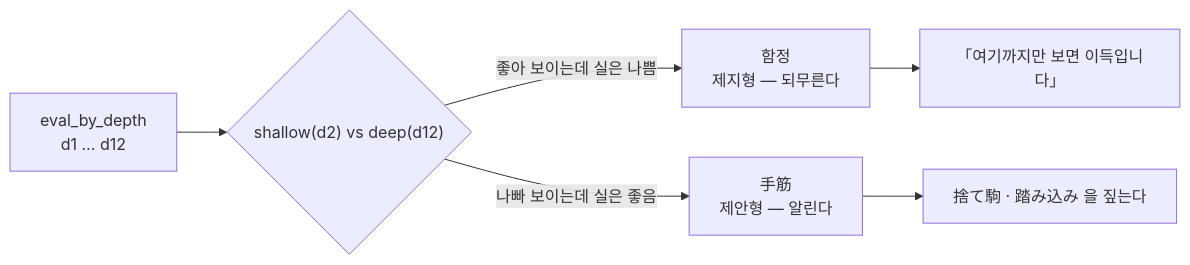
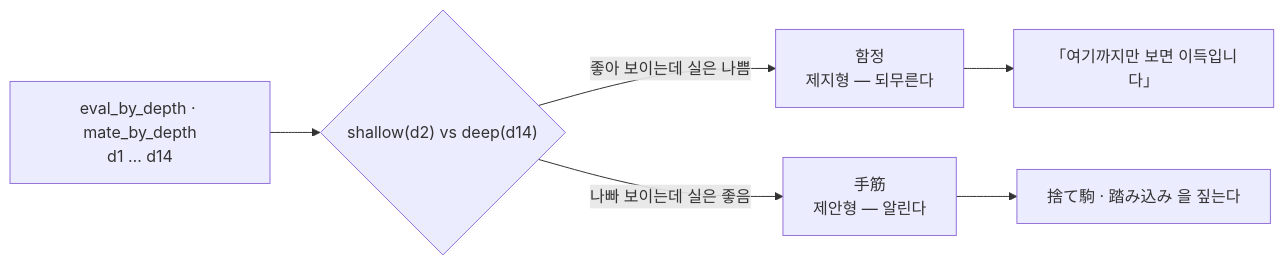
The fifth of 8 diagrams in docs/spec/architecture.md (jovid18/show-gi), drawn with Mermaid before and after one commit. The commit also changed other lines of this file and 94 other files, not shown here.

````diff
--- a/docs/spec/architecture.md
+++ b/docs/spec/architecture.md
@@ -258,8 +262,8 @@
 ```mermaid
 flowchart LR
-    EV["eval_by_depth<br/>d1 … d12"] --> CMP{"shallow(d2) vs deep(d12)"}
+    EBD["eval_by_depth · mate_by_depth<br/>d1 … d14"] --> CMP{"shallow(d2) vs deep(d14)"}
     CMP -- "좋아 보이는데 실은 나쁨" --> T["함정<br/>제지형 — 되무른다"]
     CMP -- "나빠 보이는데 실은 좋음" --> J["手筋<br/>제안형 — 알린다"]
     T --> M1["「여기까지만 보면 이득입니다」"]
     J --> M2["捨て駒 · 踏み込み 을 짚는다"]
 ```
````
